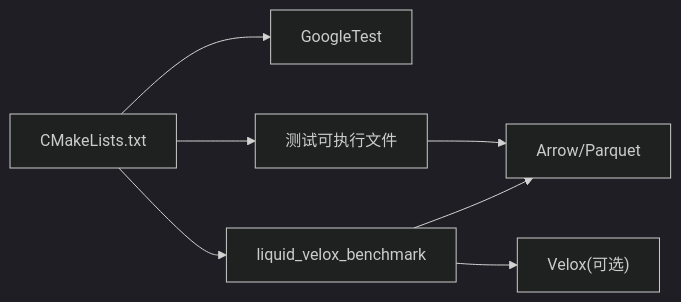
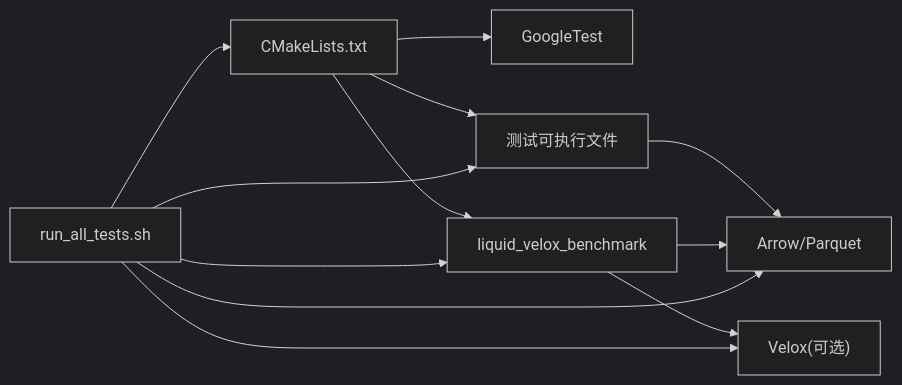
One commit to tenglei/liquidCacheVelox changed the ninth of 9 diagrams in .qoder/repowiki/zh/content/测试与基准测试.md. Above: the diagram before and after it, drawn with Mermaid (dark theme). The commit also changed other lines of this file and 3 other files, not shown here.

````diff
--- a/.qoder/repowiki/zh/content/测试与基准测试.md
+++ b/.qoder/repowiki/zh/content/测试与基准测试.md
@@ -358,9 +470,14 @@
 ```mermaid
 graph LR
 CMake["CMakeLists.txt"] --> GTest["GoogleTest"]
 CMake --> Tests["测试可执行文件"]
 CMake --> Bench["liquid_velox_benchmark"]
 Tests --> Arrow["Arrow/Parquet"]
 Bench --> Arrow
 Bench --> Velox["Velox(可选)"]
+Script["run_all_tests.sh"] --> CMake
+Script --> Tests
+Script --> Bench
+Script --> Arrow
+Script --> Velox
 ```
````
